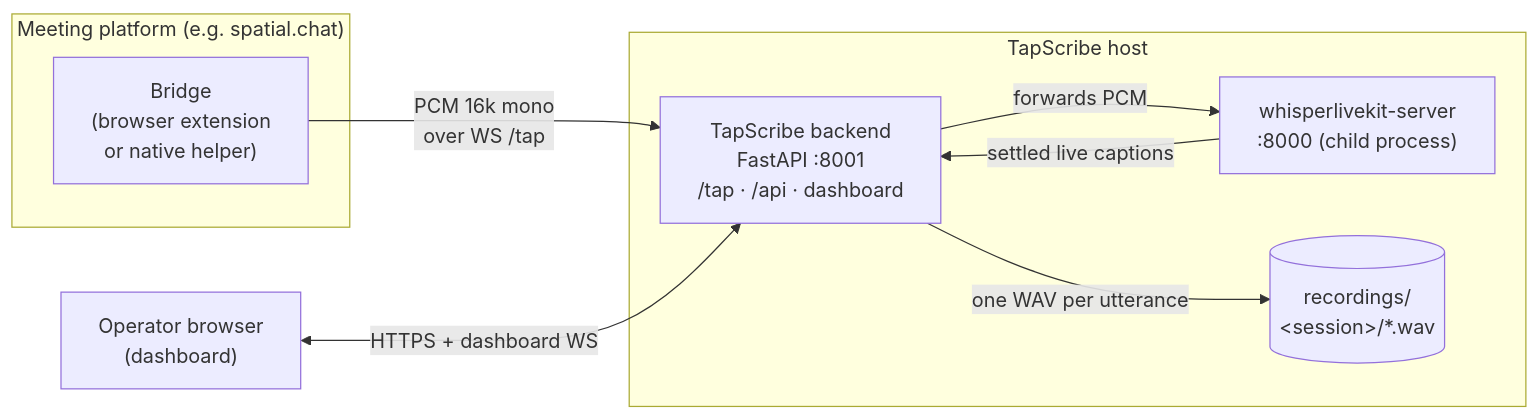
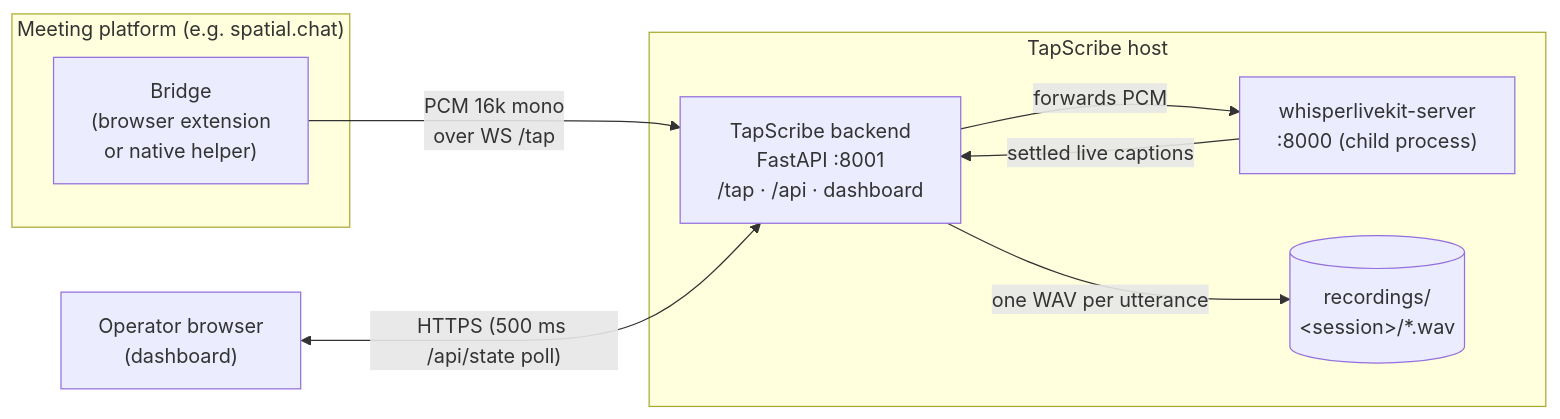
Before and after one commit to Vortiago/TapScribe: the first of 2 diagrams in README.md, drawn with Mermaid. The commit also changed other lines of this file and 2 other files, not shown here.

````diff
--- a/README.md
+++ b/README.md
@@ -102,20 +116,20 @@
 ```mermaid
 flowchart LR
     subgraph Meeting["Meeting platform (e.g. spatial.chat)"]
         Bridge["Bridge<br/>(browser extension<br/>or native helper)"]
     end
 
     subgraph Host["TapScribe host"]
         Backend["TapScribe backend<br/>FastAPI :8001<br/>/tap · /api · dashboard"]
         WLK["whisperlivekit-server<br/>:8000 (child process)"]
         WAVs[("recordings/<br/>&lt;session&gt;/*.wav")]
     end
 
     Operator["Operator browser<br/>(dashboard)"]
 
     Bridge -- "PCM 16k mono<br/>over WS /tap" --> Backend
     Backend -- "forwards PCM" --> WLK
     WLK -- "settled live captions" --> Backend
     Backend -- "one WAV per utterance" --> WAVs
-    Operator <-- "HTTPS + dashboard WS" --> Backend
+    Operator <-- "HTTPS (500 ms /api/state poll)" --> Backend
 ```
````
